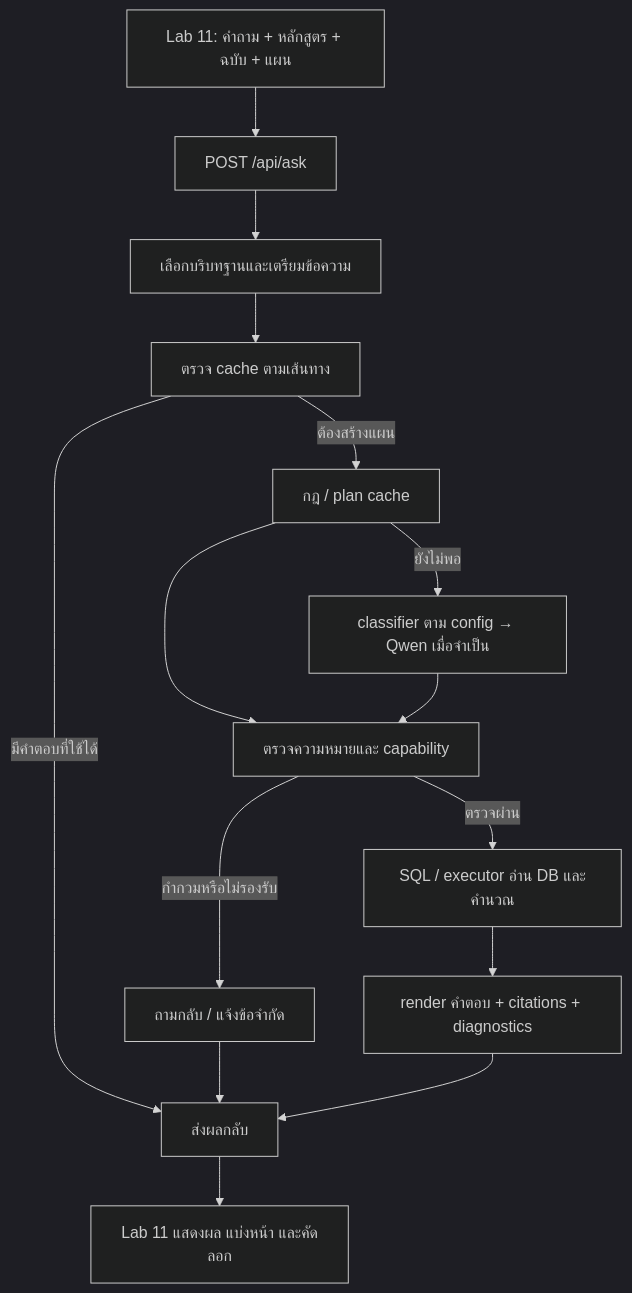
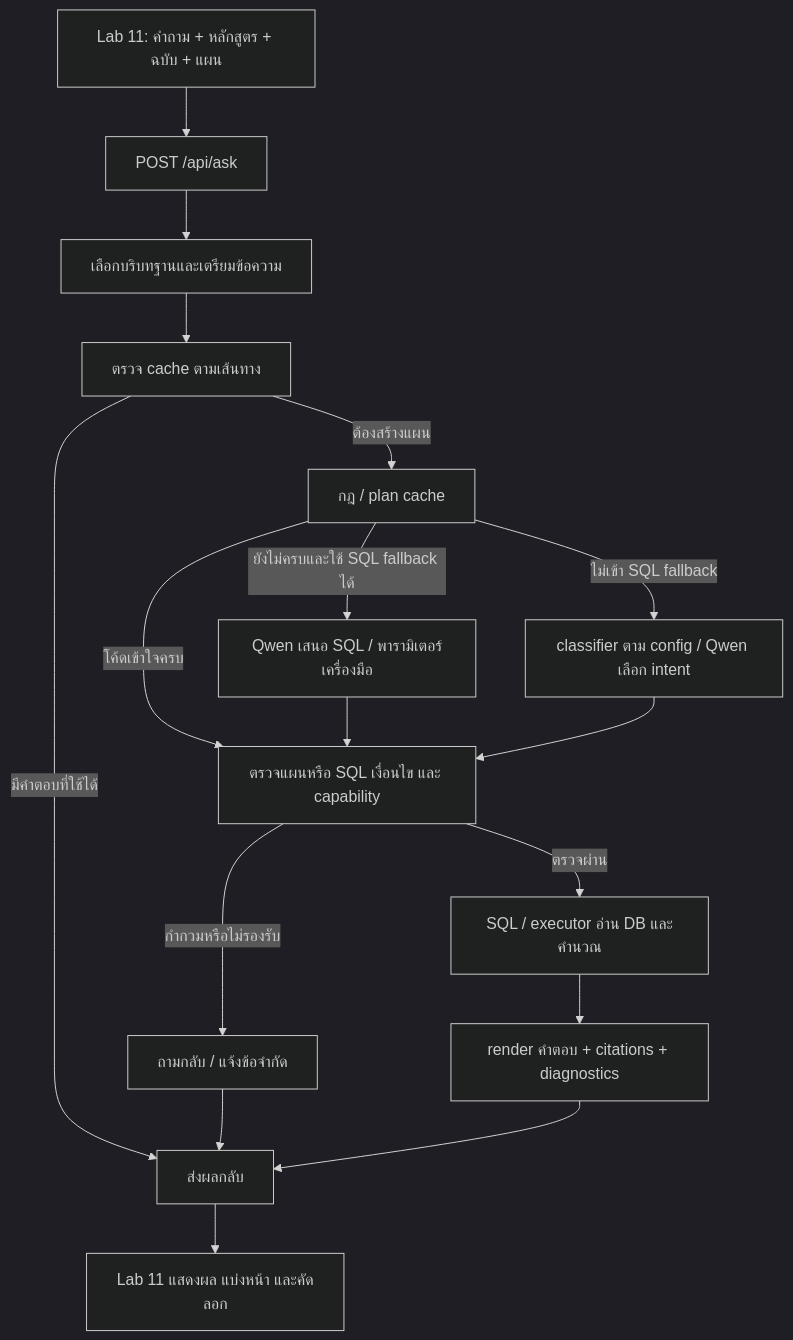
Before and after one commit to saraprae/isd-2026-KeRoLearn: the second of 2 diagrams in README.md, drawn with Mermaid (dark theme). The commit also changed other lines of this file and 4 other files, not shown here.

````diff
--- a/README.md
+++ b/README.md
@@ -1320,17 +1338,19 @@
 ```mermaid
 flowchart TD
     A["Lab 11: คำถาม + หลักสูตร + ฉบับ + แผน"] --> B["POST /api/ask"]
     B --> C["เลือกบริบทฐานและเตรียมข้อความ"]
     C --> D["ตรวจ cache ตามเส้นทาง"]
     D -->|มีคำตอบที่ใช้ได้| K["ส่งผลกลับ"]
     D -->|ต้องสร้างแผน| E["กฎ / plan cache"]
-    E -->|ยังไม่พอ| F["classifier ตาม config → Qwen เมื่อจำเป็น"]
-    E --> G["ตรวจความหมายและ capability"]
+    E -->|โค้ดเข้าใจครบ| G["ตรวจแผนหรือ SQL เงื่อนไข และ capability"]
+    E -->|ยังไม่ครบและใช้ SQL fallback ได้| F["Qwen เสนอ SQL / พารามิเตอร์เครื่องมือ"]
+    E -->|ไม่เข้า SQL fallback| M["classifier ตาม config / Qwen เลือก intent"]
     F --> G
+    M --> G
     G -->|กำกวมหรือไม่รองรับ| H["ถามกลับ / แจ้งข้อจำกัด"]
     G -->|ตรวจผ่าน| I["SQL / executor อ่าน DB และคำนวณ"]
     I --> J["render คำตอบ + citations + diagnostics"]
     H --> K
     J --> K
     K --> L["Lab 11 แสดงผล แบ่งหน้า และคัดลอก"]
 ```
````
